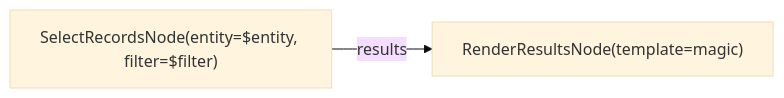
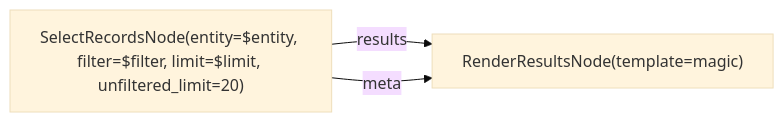
The diagram in experiments/mtga/backend/graphs/readable-select_ability.mmd (L-Defraiteur/rag3db), drawn with Mermaid (base theme) before and after one commit. The commit also changed 43 other files, not shown here.

```diff
--- a/experiments/mtga/backend/graphs/readable-select_ability.mmd
+++ b/experiments/mtga/backend/graphs/readable-select_ability.mmd
@@ -1,11 +1,13 @@
 %% tool: select_structured
-%% description: Sélection exhaustive typée sans top-k, pour inventaire et vérification.
+%% description: Sélection typée par filtre, sans classement, pour inventaire et vérification. Sans filtre ni limit : 20 lignes et le total.
 %% param: entity string! -- Entité fixée.
-%% param: filter json! -- FilterCondition.
+%% param: filter json = {} -- Filtre, FilterCondition. {} : aucun. Un champ : {"field":{"key":"owned","value":[{"op":"gt","value":0}]}} (op : eq, neq, lt, lte, gt, gte, between, in, not_in, has_any, has_all, has_none, contains, starts_with, is_null, is_not_null, is_empty, is_not_empty ; une liste simple vaut in, une valeur simple vaut eq). Combinaisons : {"must":[…]}, {"should":[…]}, {"must_not":[…]}. Champs et exemples : describe_backend.
+%% param: limit int = -1 -- Nombre maximum de lignes. 0 : toutes. Non fourni (-1) : toutes avec un filtre, 20 sans filtre.
 %% result: presentation.results
 
 graph LR
-    select["SelectRecordsNode(entity=$entity, filter=$filter)"]
+    select["SelectRecordsNode(entity=$entity, filter=$filter, limit=$limit, unfiltered_limit=20)"]
 
     presentation["RenderResultsNode(template=magic)"]
     select -->|results| presentation
+    select -->|meta| presentation
```
